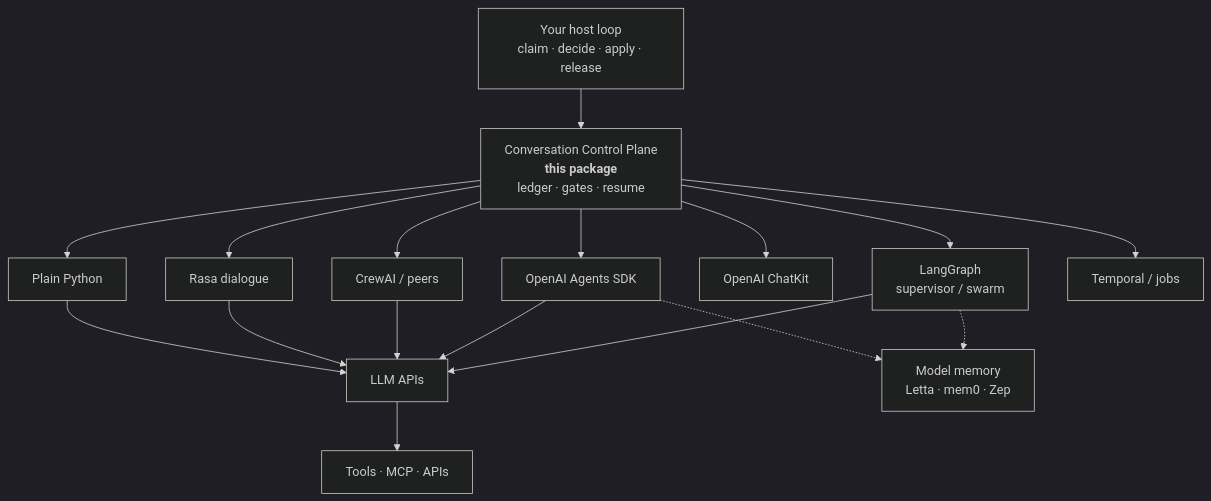
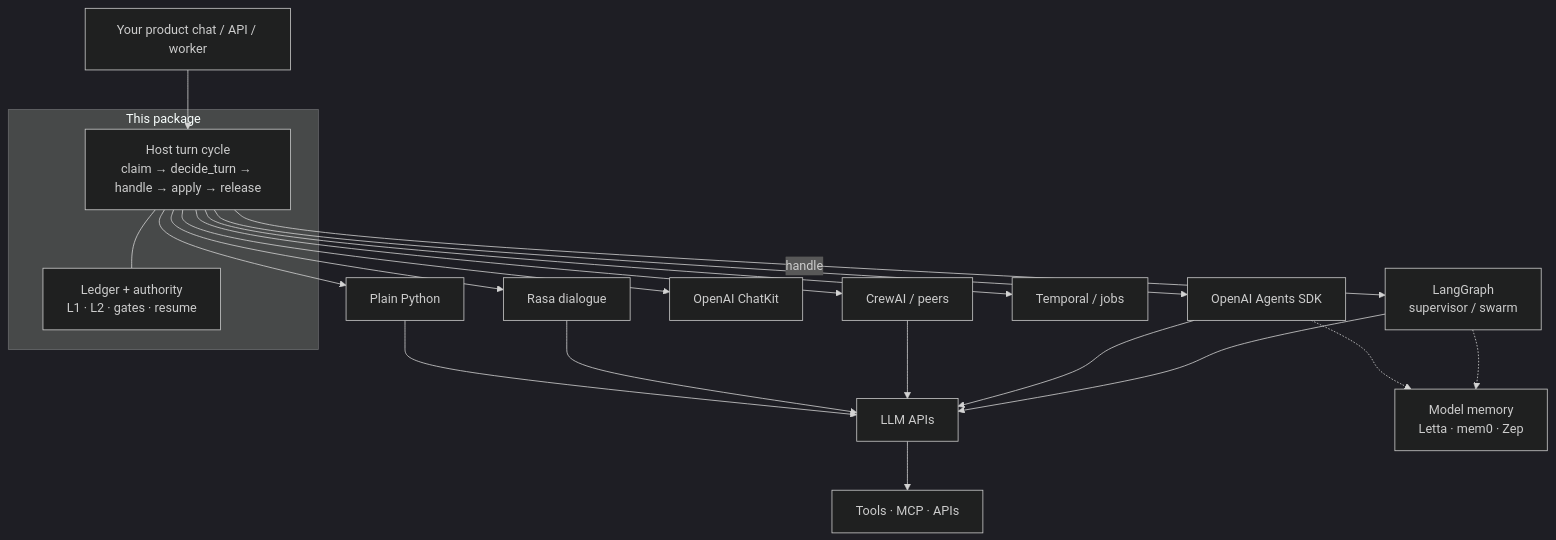
One commit to walidnegm/conversation-control-plane changed the diagram in README.md. Above: the diagram before and after it, drawn with Mermaid (dark theme). The commit also changed other lines of this file, not shown here.

Commit message:
docs(readme): box host turn cycle as this package's loop
claim → decide_turn → handle → apply → release sits inside
the CCP box with the ledger, not as loose product prose.

````diff
--- a/README.md
+++ b/README.md
@@ -102,21 +105,24 @@
 ```mermaid
 flowchart TB
-  HOST["Your host loop<br/>claim · decide · apply · release"]
-  CCP["Conversation Control Plane<br/><b>this package</b><br/>ledger · gates · resume"]
-  HOST --> CCP
-  CCP --> LG["LangGraph<br/>supervisor / swarm"]
-  CCP --> OAI["OpenAI Agents SDK"]
-  CCP --> CREW["CrewAI / peers"]
-  CCP --> RASA["Rasa dialogue"]
-  CCP --> CK["OpenAI ChatKit"]
-  CCP --> PY["Plain Python"]
-  CCP --> TMP["Temporal / jobs"]
+  subgraph thisPkg["This package"]
+    CYCLE["Host turn cycle<br/>claim → decide_turn → handle → apply → release"]
+    LEDGER["Ledger + authority<br/>L1 · L2 · gates · resume"]
+    CYCLE --- LEDGER
+  end
+  PROD["Your product chat / API / worker"] --> CYCLE
+  CYCLE -->|"handle"| LG["LangGraph<br/>supervisor / swarm"]
+  CYCLE --> OAI["OpenAI Agents SDK"]
+  CYCLE --> CREW["CrewAI / peers"]
+  CYCLE --> RASA["Rasa dialogue"]
+  CYCLE --> CK["OpenAI ChatKit"]
+  CYCLE --> PY["Plain Python"]
+  CYCLE --> TMP["Temporal / jobs"]
   LG --> LLM["LLM APIs"]
   OAI --> LLM
   CREW --> LLM
   RASA --> LLM
   PY --> LLM
   LLM --> TOOL["Tools · MCP · APIs"]
   LG -.-> MEM["Model memory<br/>Letta · mem0 · Zep"]
   OAI -.-> MEM
 ```
````
